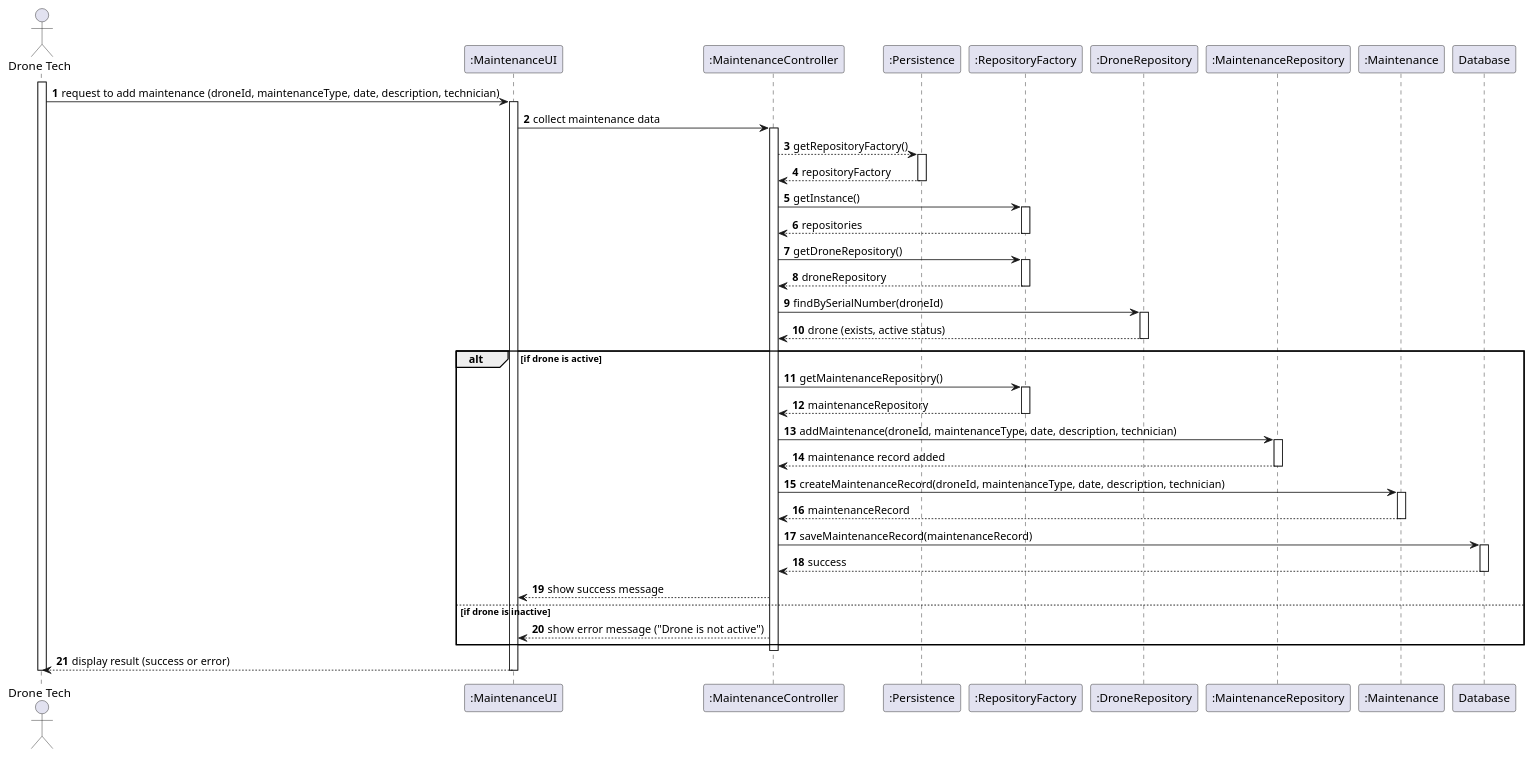
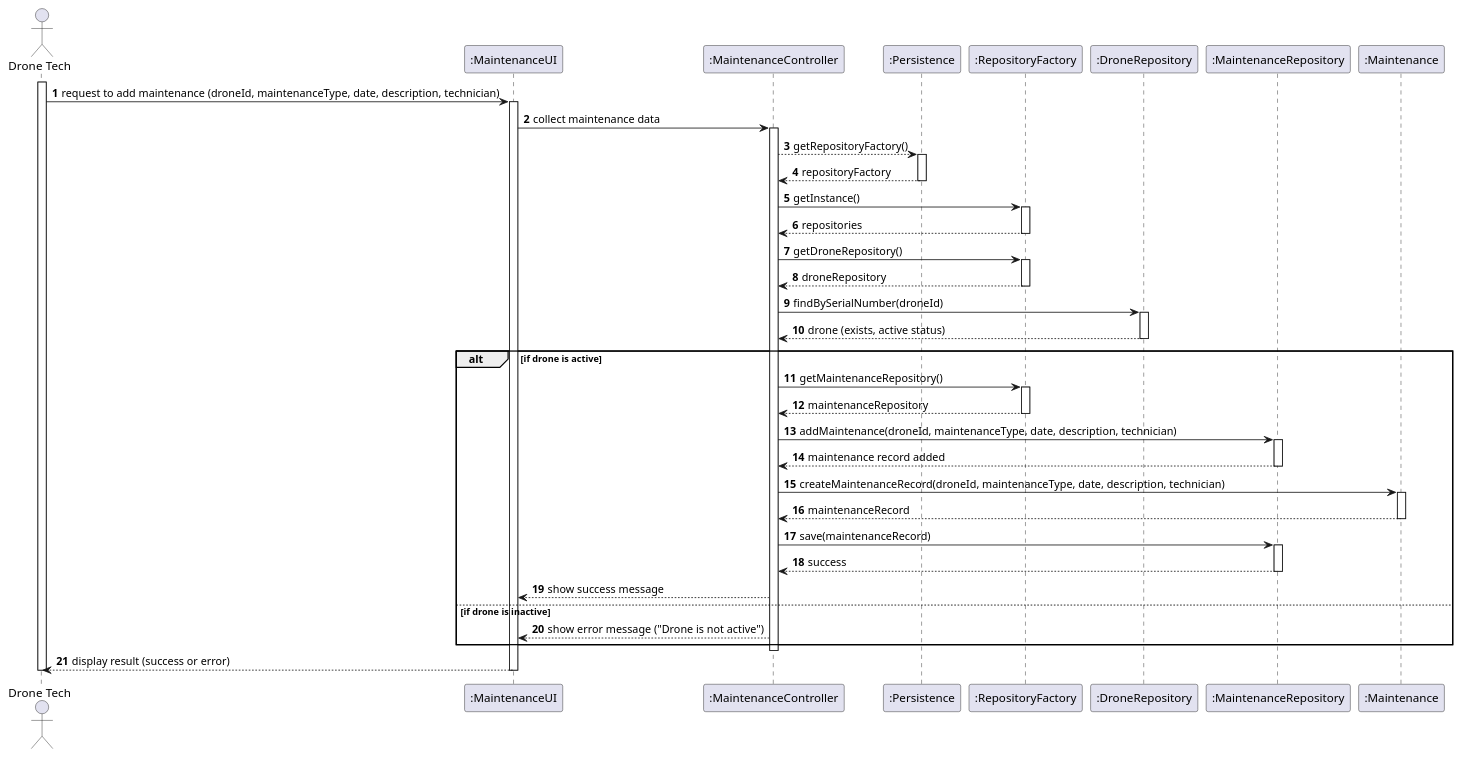
Before and after one commit to diogoveirospro/sem4pi-2024-2025-sem4pi_2024_2025_g44: the diagram in docs/SPRINT_3/US326/puml/sequence_diagram_326.puml, drawn with PlantUML. The commit also changed 2 other files, not shown here.

Commit message:
Changes done in sequence diagram of 326 327 and 328

```diff
--- a/docs/SPRINT_3/US326/puml/sequence_diagram_326.puml
+++ b/docs/SPRINT_3/US326/puml/sequence_diagram_326.puml
@@ -1,76 +1,75 @@
 @startuml
 'skinparam monochrome
 
 skinparam packageStyle rectangle
 skinparam shadowing false
 
 autonumber
 
 actor "Drone Tech" as DT
 participant ":MaintenanceUI" as UI
 participant ":MaintenanceController" as CTRL
 participant ":Persistence" as PERS
 participant ":RepositoryFactory" as REPOS
 participant ":DroneRepository" as DRONE_REPO
 participant ":MaintenanceRepository" as MAINT_REPO
 participant ":Maintenance" as MAINT
-participant "Database" as DB
 
 activate DT
 
 DT -> UI : request to add maintenance (droneId, maintenanceType, date, description, technician)
 activate UI
     UI -> CTRL : collect maintenance data
     activate CTRL
 
     CTRL --> PERS : getRepositoryFactory()
     activate PERS
     PERS --> CTRL : repositoryFactory
     deactivate PERS
 
     CTRL -> REPOS : getInstance()
     activate REPOS
     REPOS --> CTRL : repositories
     deactivate REPOS
 
     CTRL -> REPOS : getDroneRepository()
     activate REPOS
     REPOS --> CTRL : droneRepository
     deactivate REPOS
 
     CTRL -> DRONE_REPO : findBySerialNumber(droneId)
     activate DRONE_REPO
     DRONE_REPO --> CTRL : drone (exists, active status)
     deactivate DRONE_REPO
 
     alt if drone is active
         CTRL -> REPOS : getMaintenanceRepository()
         activate REPOS
         REPOS --> CTRL : maintenanceRepository
         deactivate REPOS
 
         CTRL -> MAINT_REPO : addMaintenance(droneId, maintenanceType, date, description, technician)
         activate MAINT_REPO
         MAINT_REPO --> CTRL : maintenance record added
         deactivate MAINT_REPO
 
         CTRL -> MAINT : createMaintenanceRecord(droneId, maintenanceType, date, description, technician)
         activate MAINT
         MAINT --> CTRL : maintenanceRecord
         deactivate MAINT
 
-        CTRL -> DB : saveMaintenanceRecord(maintenanceRecord)
-        activate DB
-        DB --> CTRL : success
-        deactivate DB
+        CTRL -> MAINT_REPO : save(maintenanceRecord)
+        activate MAINT_REPO
+        MAINT_REPO --> CTRL : success
+        deactivate MAINT_REPO
 
         CTRL --> UI : show success message
     else if drone is inactive
         CTRL --> UI : show error message ("Drone is not active")
     end
 
     deactivate CTRL
 UI --> DT : display result (success or error)
 deactivate UI
 deactivate DT
 @enduml
```
